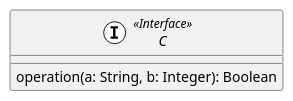
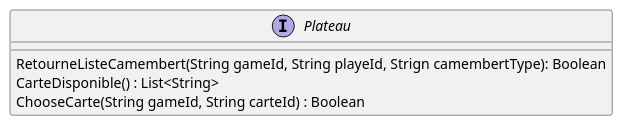
One commit to sybarry/Trivial_Pursuit_CL changed the sixth of 11 diagrams in trivial-doc/modules/development/pages/composants.adoc. Above: the diagram before and after it, drawn with PlantUML. The commit also changed other lines of this file, not shown here.

Commit message:
interface

```diff
--- a/trivial-doc/modules/development/pages/composants.adoc
+++ b/trivial-doc/modules/development/pages/composants.adoc
@@ -120,10 +161,8 @@
 [plantuml]
 ....
-'skinparam ClassHeaderBackgroundColor blue
-'skinparam CircleColor blue
-'skinparam CircledCharacterFontColor blue
-
-interface C as "C" << (I, White) Interface >> {
-    operation(a: String, b: Integer): Boolean
+interface Plateau {
+    RetourneListeCamembert(String gameId, String playeId, Strign camembertType): Boolean
+    CarteDisponible() : List<String>
+    ChooseCarte(String gameId, String carteId) : Boolean
 }
 ....
```
